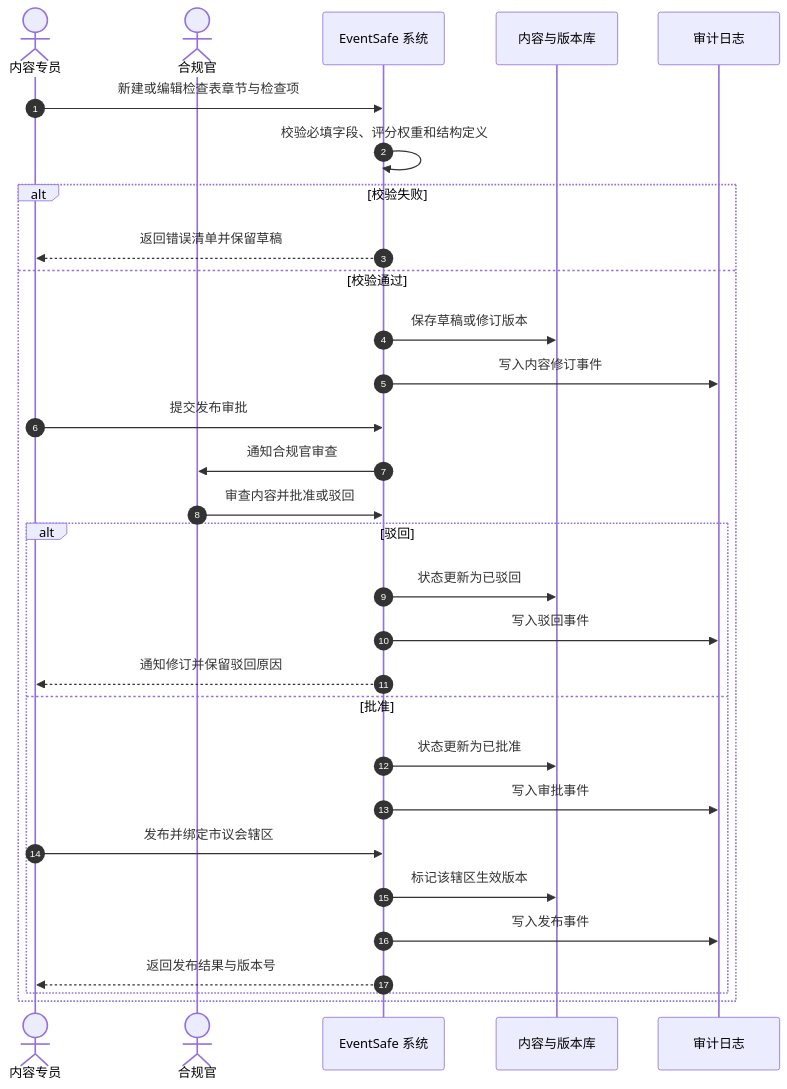
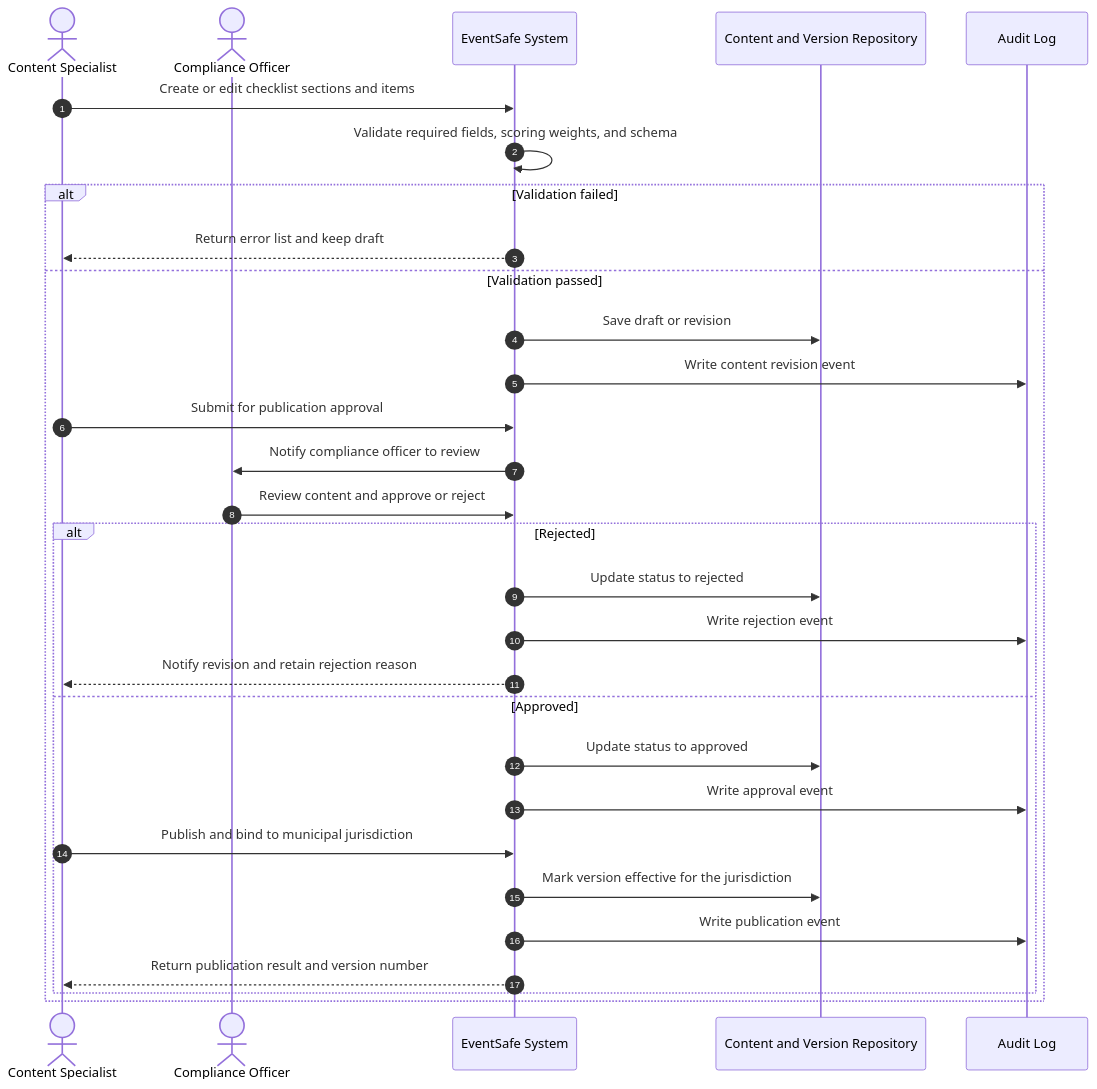
One commit to melvinchia3636/sd-ga-assets changed the diagram in content-management-sequence.mmd. Above: the diagram before and after it, drawn with Mermaid. The commit also changed 7 other files, not shown here.

Commit message:
diagram update

```diff
--- a/content-management-sequence.mmd
+++ b/content-management-sequence.mmd
@@ -1,33 +1,33 @@
 sequenceDiagram
   autonumber
-  actor CS as 内容专员
-  actor CO as 合规官
-  participant S as EventSafe 系统
-  participant DB as 内容与版本库
-  participant A as 审计日志
+  actor CS as Content Specialist
+  actor CO as Compliance Officer
+  participant S as EventSafe System
+  participant DB as Content and Version Repository
+  participant A as Audit Log
 
-  CS->>S: 新建或编辑检查表章节与检查项
-  S->>S: 校验必填字段、评分权重和结构定义
+  CS->>S: Create or edit checklist sections and items
+  S->>S: Validate required fields, scoring weights, and schema
 
-  alt 校验失败
-    S-->>CS: 返回错误清单并保留草稿
-  else 校验通过
-    S->>DB: 保存草稿或修订版本
-    S->>A: 写入内容修订事件
-    CS->>S: 提交发布审批
-    S->>CO: 通知合规官审查
-    CO->>S: 审查内容并批准或驳回
+  alt Validation failed
+    S-->>CS: Return error list and keep draft
+  else Validation passed
+    S->>DB: Save draft or revision
+    S->>A: Write content revision event
+    CS->>S: Submit for publication approval
+    S->>CO: Notify compliance officer to review
+    CO->>S: Review content and approve or reject
 
-    alt 驳回
-      S->>DB: 状态更新为已驳回
-      S->>A: 写入驳回事件
-      S-->>CS: 通知修订并保留驳回原因
-    else 批准
-      S->>DB: 状态更新为已批准
-      S->>A: 写入审批事件
-      CS->>S: 发布并绑定市议会辖区
-      S->>DB: 标记该辖区生效版本
-      S->>A: 写入发布事件
-      S-->>CS: 返回发布结果与版本号
+    alt Rejected
+      S->>DB: Update status to rejected
+      S->>A: Write rejection event
+      S-->>CS: Notify revision and retain rejection reason
+    else Approved
+      S->>DB: Update status to approved
+      S->>A: Write approval event
+      CS->>S: Publish and bind to municipal jurisdiction
+      S->>DB: Mark version effective for the jurisdiction
+      S->>A: Write publication event
+      S-->>CS: Return publication result and version number
     end
   end
```
